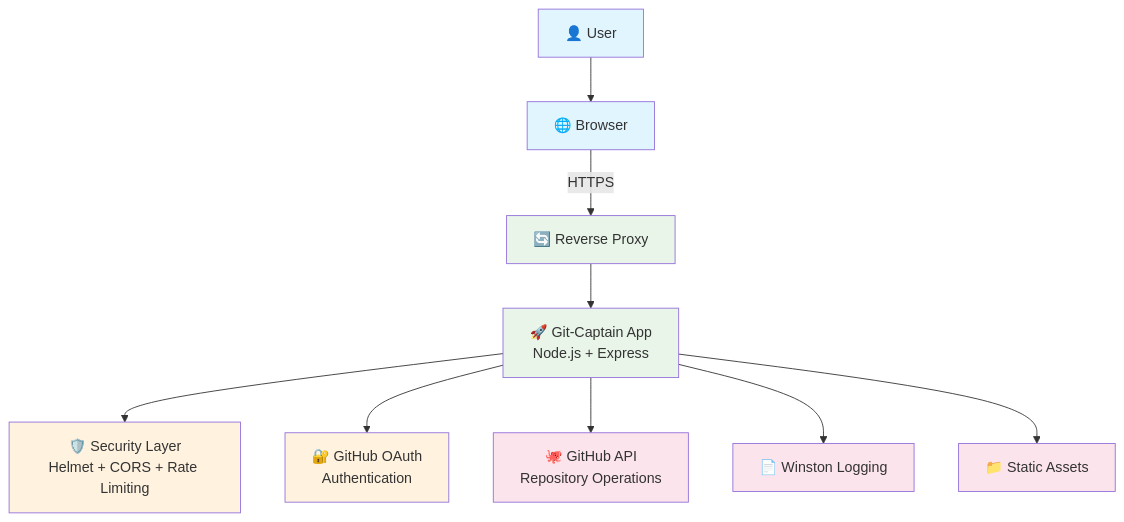
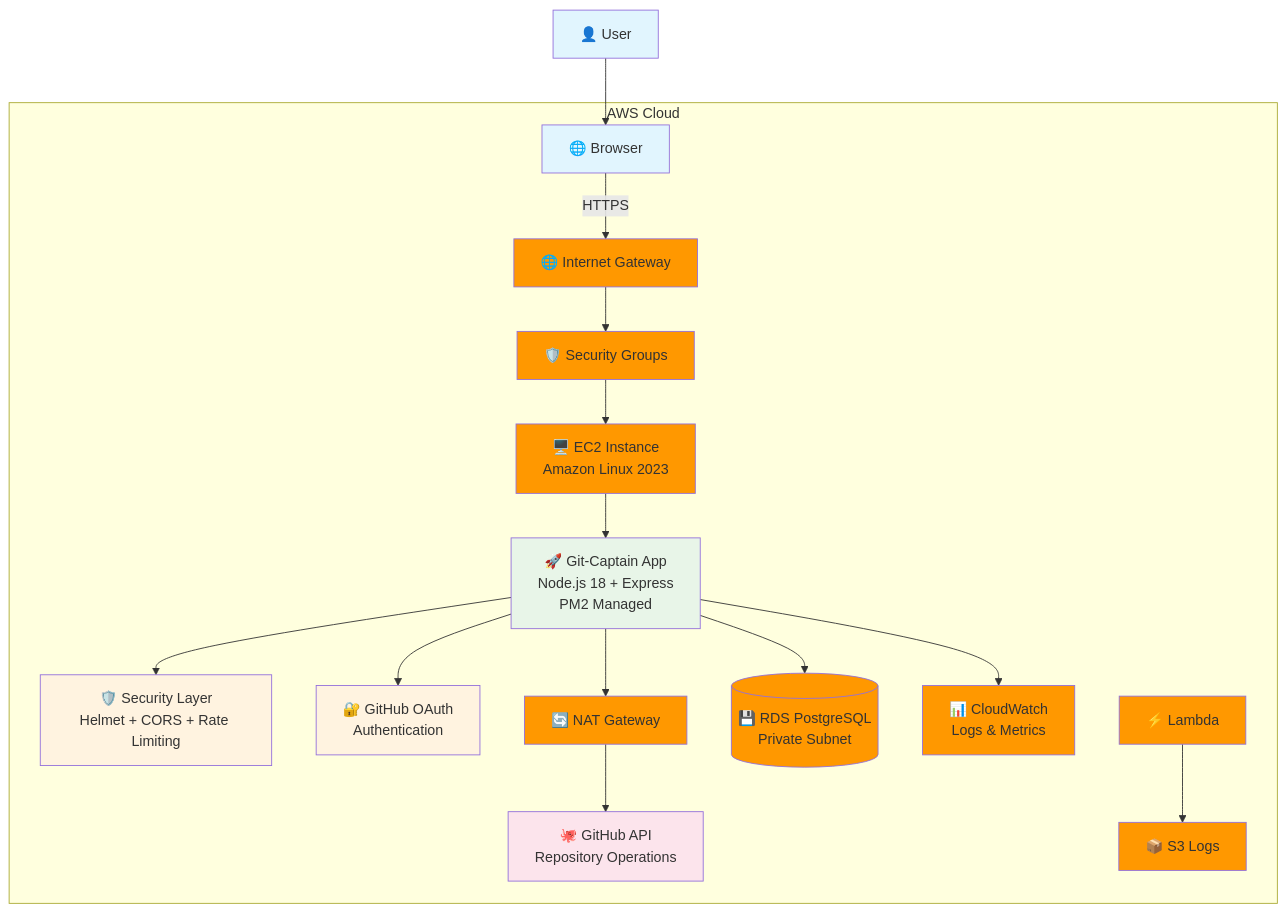
Before and after one commit to Joe-Tavarez/Git-Captain: the diagram in README.md, drawn with Mermaid. The commit also changed other lines of this file and 3 other files, not shown here.

Commit message:
Architecture diagrams

````diff
--- a/README.md
+++ b/README.md
@@ -157,23 +167,35 @@
 ```mermaid
 graph TB
     User[👤 User] --> Browser[🌐 Browser]
-    Browser -->|HTTPS| Proxy[🔄 Reverse Proxy]
-    Proxy --> App[🚀 Git-Captain App<br/>Node.js + Express]
     
-    App --> Security[🛡️ Security Layer<br/>Helmet + CORS + Rate Limiting]
-    App --> Auth[🔐 GitHub OAuth<br/>Authentication]
-    App --> API[🐙 GitHub API<br/>Repository Operations]
-    
-    App --> Logs[📄 Winston Logging]
-    App --> Static[📁 Static Assets]
+    subgraph "AWS Cloud"
+        Browser -->|HTTPS| IGW[🌐 Internet Gateway]
+        IGW --> SG[🛡️ Security Groups]
+        SG --> EC2[🖥️ EC2 Instance<br/>Amazon Linux 2023]
+        
+        EC2 --> App[🚀 Git-Captain App<br/>Node.js 18 + Express<br/>PM2 Managed]
+        
+        App --> Security[🛡️ Security Layer<br/>Helmet + CORS + Rate Limiting]
+        App --> Auth[🔐 GitHub OAuth<br/>Authentication]
+        
+        App --> NAT[🔄 NAT Gateway]
+        NAT --> API[🐙 GitHub API<br/>Repository Operations]
+        
+        App --> RDS[(💾 RDS PostgreSQL<br/>Private Subnet)]
+        App --> CloudWatch[📊 CloudWatch<br/>Logs & Metrics]
+        
+        Lambda[⚡ Lambda] --> S3[📦 S3 Logs]
+    end
 
     classDef user fill:#e1f5fe
+    classDef aws fill:#ff9800
     classDef app fill:#e8f5e8
     classDef security fill:#fff3e0
     classDef external fill:#fce4ec
 
     class User,Browser user
-    class Proxy,App app
+    class IGW,SG,EC2,NAT,RDS,CloudWatch,Lambda,S3 aws
+    class App app
     class Security,Auth security
-    class API,Logs,Static external
+    class API external
 ```
````
